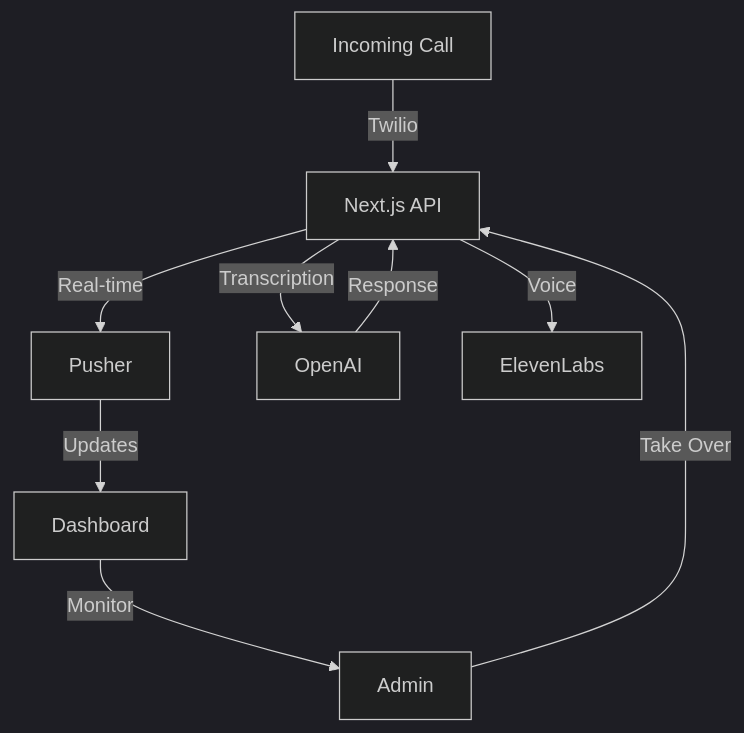
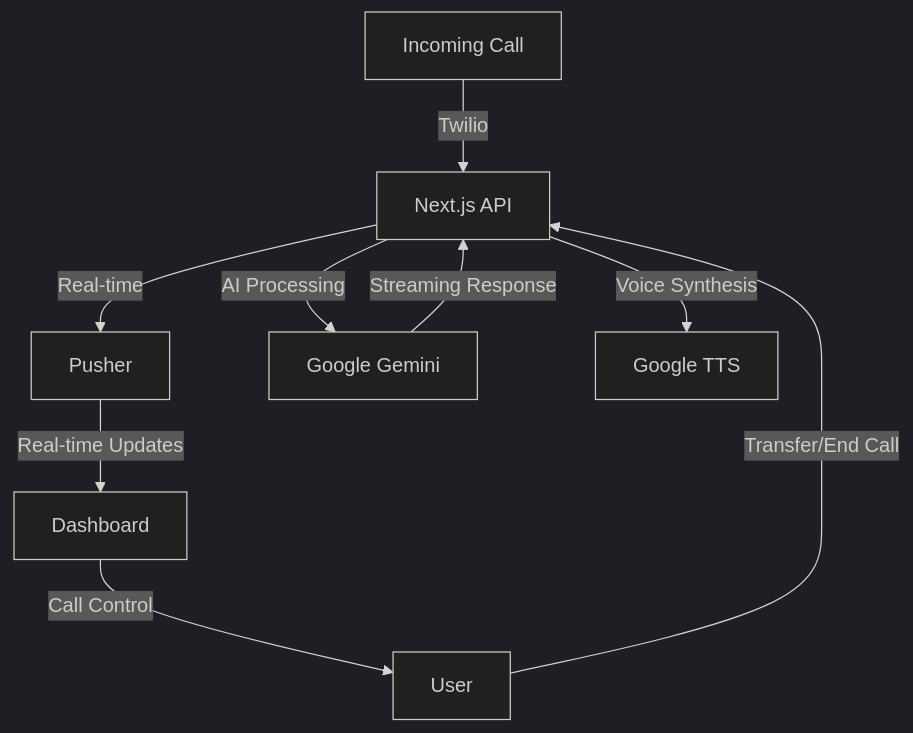
Before and after one commit to Shawn5cents/Phoney: the diagram in docs/architecture.md, drawn with Mermaid (dark theme). The commit also changed other lines of this file and 5 other files, not shown here.

````diff
--- a/docs/architecture.md
+++ b/docs/architecture.md
@@ -5,11 +5,11 @@
 ```mermaid
 graph TD
     A[Incoming Call] -->|Twilio| B[Next.js API]
     B -->|Real-time| C[Pusher]
-    B -->|Transcription| D[OpenAI]
-    D -->|Response| B
-    B -->|Voice| E[ElevenLabs]
-    C -->|Updates| F[Dashboard]
-    F -->|Monitor| G[Admin]
-    G -->|Take Over| B
+    B -->|AI Processing| D[Google Gemini]
+    D -->|Streaming Response| B
+    B -->|Voice Synthesis| E[Google TTS]
+    C -->|Real-time Updates| F[Dashboard]
+    F -->|Call Control| G[User]
+    G -->|Transfer/End Call| B
 ```
````
